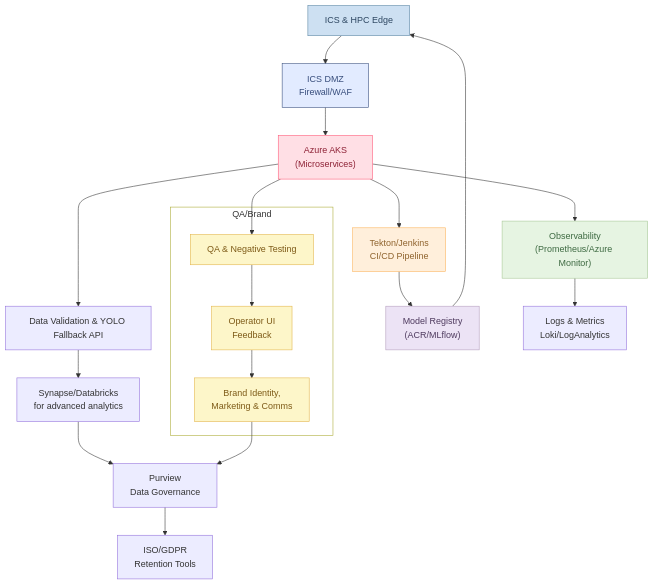
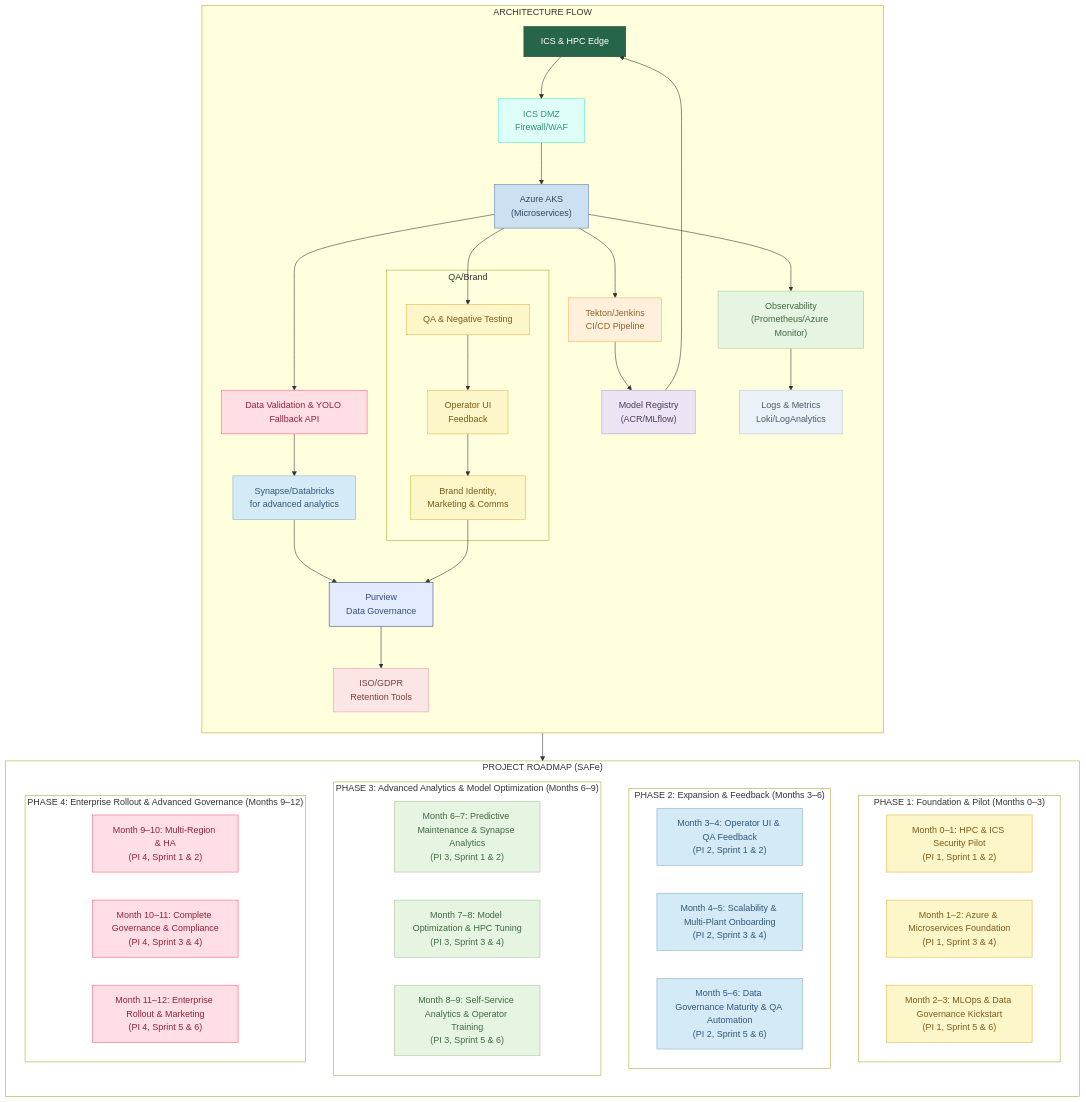
One commit to suprachakra/AlumiGuard-AI changed the first of 2 diagrams in README.md. Above: the diagram before and after it, drawn with Mermaid. The commit also changed other lines of this file, not shown here.

````diff
--- a/README.md
+++ b/README.md
@@ -40,45 +40,121 @@
         L["QA & Negative Testing"]
         N["Brand Identity,<br>Marketing &amp; Comms"]
   end
-    A["ICS & HPC Edge"] --> B["ICS DMZ<br>Firewall/WAF"]
-    B --> C["Azure AKS<br>(Microservices)"]
-    C --> D["Tekton/Jenkins<br>CI/CD Pipeline"] & E["Observability<br>(Prometheus/Azure Monitor)"] & F["Data Validation & YOLO Fallback API"] & L
-    D --> G["Model Registry<br>(ACR/MLflow)"]
-    G --> A
-    E --> H["Logs &amp; Metrics<br>Loki/LogAnalytics"]
-    F --> I["Synapse/Databricks<br>for advanced analytics"]
-    I --> J["Purview<br>Data Governance"]
-    J --> K["ISO/GDPR<br>Retention Tools"]
+ subgraph ARCH["ARCHITECTURE FLOW"]
+    direction TB
+        s1
+        B["ICS DMZ<br>Firewall/WAF"]
+        A["ICS & HPC Edge"]
+        C["Azure AKS<br>(Microservices)"]
+        D["Tekton/Jenkins<br>CI/CD Pipeline"]
+        E["Observability<br>(Prometheus/Azure Monitor)"]
+        F["Data Validation & YOLO Fallback API"]
+        G["Model Registry<br>(ACR/MLflow)"]
+        H["Logs &amp; Metrics<br>Loki/LogAnalytics"]
+        I["Synapse/Databricks<br>for advanced analytics"]
+        J["Purview<br>Data Governance"]
+        K["ISO/GDPR<br>Retention Tools"]
+  end
+ subgraph Phase1["PHASE 1: Foundation & Pilot (Months 0–3)"]
+        M01_1["Month 0–1: HPC &amp; ICS Security Pilot<br>(PI 1, Sprint 1 &amp; 2)"]
+        M12_1["Month 1–2: Azure &amp; Microservices Foundation<br>(PI 1, Sprint 3 &amp; 4)"]
+        M23_1["Month 2–3: MLOps &amp; Data Governance Kickstart<br>(PI 1, Sprint 5 &amp; 6)"]
+  end
+ subgraph Phase2["PHASE 2: Expansion & Feedback (Months 3–6)"]
+        M34_2["Month 3–4: Operator UI &amp; QA Feedback<br>(PI 2, Sprint 1 &amp; 2)"]
+        M45_2["Month 4–5: Scalability &amp; Multi-Plant Onboarding<br>(PI 2, Sprint 3 &amp; 4)"]
+        M56_2["Month 5–6: Data Governance Maturity &amp; QA Automation<br>(PI 2, Sprint 5 &amp; 6)"]
+  end
+ subgraph Phase3["PHASE 3: Advanced Analytics & Model Optimization (Months 6–9)"]
+        M67_3["Month 6–7: Predictive Maintenance &amp; Synapse Analytics<br>(PI 3, Sprint 1 &amp; 2)"]
+        M78_3["Month 7–8: Model Optimization &amp; HPC Tuning<br>(PI 3, Sprint 3 &amp; 4)"]
+        M89_3["Month 8–9: Self-Service Analytics &amp; Operator Training<br>(PI 3, Sprint 5 &amp; 6)"]
+  end
+ subgraph Phase4["PHASE 4: Enterprise Rollout &amp; Advanced Governance (Months 9–12)"]
+        M910_4["Month 9–10: Multi-Region &amp; HA<br>(PI 4, Sprint 1 &amp; 2)"]
+        M1011_4["Month 10–11: Complete Governance &amp; Compliance<br>(PI 4, Sprint 3 &amp; 4)"]
+        M1112_4["Month 11–12: Enterprise Rollout &amp; Marketing<br>(PI 4, Sprint 5 &amp; 6)"]
+  end
+ subgraph ROADMAP["PROJECT ROADMAP (SAFe)"]
+    direction TB
+        Phase1
+        Phase2
+        Phase3
+        Phase4
+  end
     L --> M
     M --> N
+    A --> B
+    B --> C
+    C --> D & E & F & L
+    D --> G
+    G --> A
+    E --> H
+    F --> I
+    I --> J
+    J --> K
     N --> J
+    ARCH --> ROADMAP
 
      M:::VanGoghYellow
      L:::VanGoghYellow
      N:::VanGoghYellow
+     B:::Aqua
      A:::Pine
-     A:::Aqua
-     A:::PicassoBlue
-     B:::Sky
-     C:::Rose
+     C:::PicassoBlue
      D:::Peach
      E:::DegasGreen
+     F:::Rose
      G:::MatisseLavender
-    classDef RenoirPink stroke-width:1px, stroke-dasharray:none, stroke:#E4A0A0, fill:#FBE5E5, color:#7D3E3E  
-    classDef MonetBlue stroke-width:1px, stroke-dasharray:none, stroke:#87AFC7, fill:#D4EAF7, color:#30577B
+     H:::TurnerMist
+     I:::MonetBlue
+     J:::KlimtGold
+     J:::MatisseLavender
+     J:::Sky
+     K:::RenoirPink
+     M01_1:::Sky
+     M01_1:::VanGoghYellow
+     M12_1:::Sky
+     M12_1:::VanGoghYellow
+     M23_1:::Sky
+     M23_1:::VanGoghYellow
+     M34_2:::Sky
+     M34_2:::MonetBlue
+     M45_2:::Sky
+     M45_2:::MonetBlue
+     M56_2:::Sky
+     M56_2:::MonetBlue
+     M67_3:::Sky
+     M67_3:::DegasGreen
+     M78_3:::Sky
+     M78_3:::DegasGreen
+     M89_3:::Sky
+     M89_3:::DegasGreen
+     M910_4:::Sky
+     M910_4:::Rose
+     M1011_4:::Sky
+     M1011_4:::Rose
+     M1112_4:::Sky
+     M1112_4:::Rose
+    classDef RenoirPink stroke-width:1px, stroke-dasharray:none, stroke:#E4A0A0, fill:#FBE5E5, color:#7D3E3E
     classDef KlimtGold stroke-width:1px, stroke-dasharray:none, stroke:#D4A017, fill:#FBF2C1, color:#705A16
     classDef Ash stroke-width:1px, stroke-dasharray:none, stroke:#999999, fill:#EEEEEE, color:#000000
     classDef TurnerMist stroke-width:1px, stroke-dasharray:none, stroke:#B8C4D1, fill:#EAF2F8, color:#4A5B6F
     classDef HokusaiWave stroke-width:1px, stroke-dasharray:none, stroke:#6188A9, fill:#D4E8F2, color:#2A425D
     classDef CezannePeach stroke-width:1px, stroke-dasharray:none, stroke:#E2A07D, fill:#FBE7DA, color:#6D4532
-    classDef VanGoghYellow stroke-width:1px, stroke-dasharray:none, stroke:#E3B448, fill:#FDF6C9, color:#7D5A17
     classDef Pine stroke-width:1px, stroke-dasharray:none, stroke:#254336, fill:#27654A, color:#FFFFFF
     classDef Aqua stroke-width:1px, stroke-dasharray:none, stroke:#46EDC8, fill:#DEFFF8, color:#378E7A
     classDef PicassoBlue stroke-width:1px, stroke-dasharray:none, stroke:#5A84A2, fill:#CDE0F2, color:#2D4661
+    classDef Peach stroke-width:1px, stroke-dasharray:none, stroke:#FBB35A, fill:#FFEFDB, color:#8F632D
+    classDef MatisseLavender stroke-width:1px, stroke-dasharray:none, stroke:#B39DBC, fill:#ECE3F5, color:#4E3A5E
     classDef Sky stroke-width:1px, stroke-dasharray:none, stroke:#374D7C, fill:#E2EBFF, color:#374D7C
     classDef Rose stroke-width:1px, stroke-dasharray:none, stroke:#FF5978, fill:#FFDFE5, color:#8E2236
     classDef DegasGreen stroke-width:1px, stroke-dasharray:none, stroke:#A7C796, fill:#E6F4E2, color:#3E6A42
-    classDef Peach stroke-width:1px, stroke-dasharray:none, stroke:#FBB35A, fill:#FFEFDB, color:#8F632D
-    classDef MatisseLavender stroke-width:1px, stroke-dasharray:none, stroke:#B39DBC, fill:#ECE3F5, color:#4E3A5E
-    style s1 fill:transparent
+    classDef MonetBlue stroke-width:1px, stroke-dasharray:none, stroke:#87AFC7, fill:#D4EAF7, color:#30577B
+    classDef VanGoghYellow stroke-width:1px, stroke-dasharray:none, stroke:#E3B448, fill:#FDF6C9, color:#7D5A17
+    style Phase1 fill:transparent
+    style Phase2 fill:transparent
+    style Phase3 fill:transparent
+    style Phase4 fill:transparent
+    style ROADMAP fill:transparent
 ```
````
